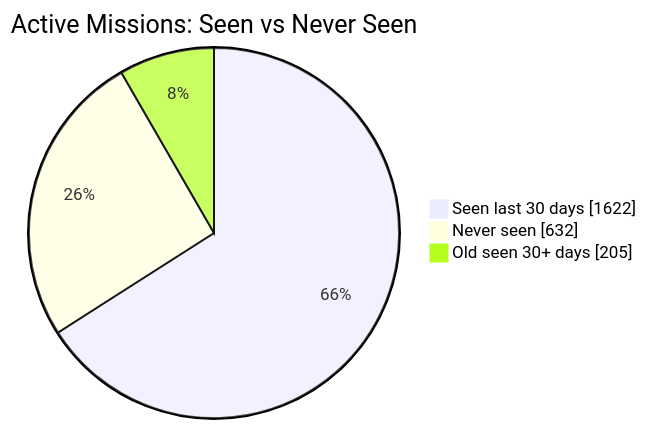
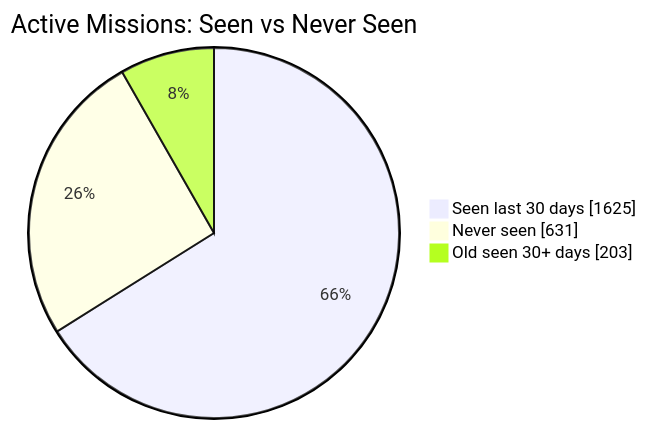
The first of 2 diagrams in README.md (MeldkamerspelGameTeam/active-missions), drawn with Mermaid before and after one commit. The commit also changed other lines of this file and 3 other files, not shown here.

````diff
--- a/README.md
+++ b/README.md
@@ -34,7 +34,7 @@
 ```mermaid
 pie showData
     title Active Missions: Seen vs Never Seen
-    "Seen last 30 days" : 1622
-    "Never seen" : 632
-    "Old seen 30+ days" : 205
+    "Seen last 30 days" : 1625
+    "Never seen" : 631
+    "Old seen 30+ days" : 203
 ```
````
